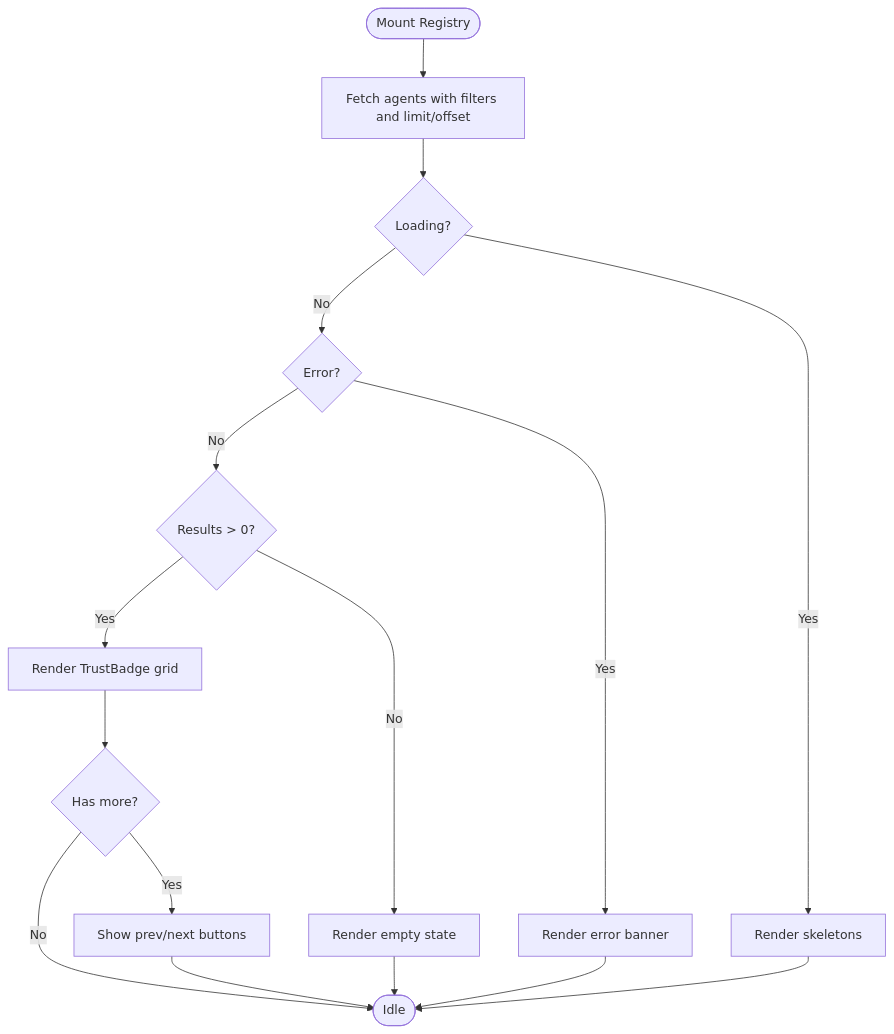
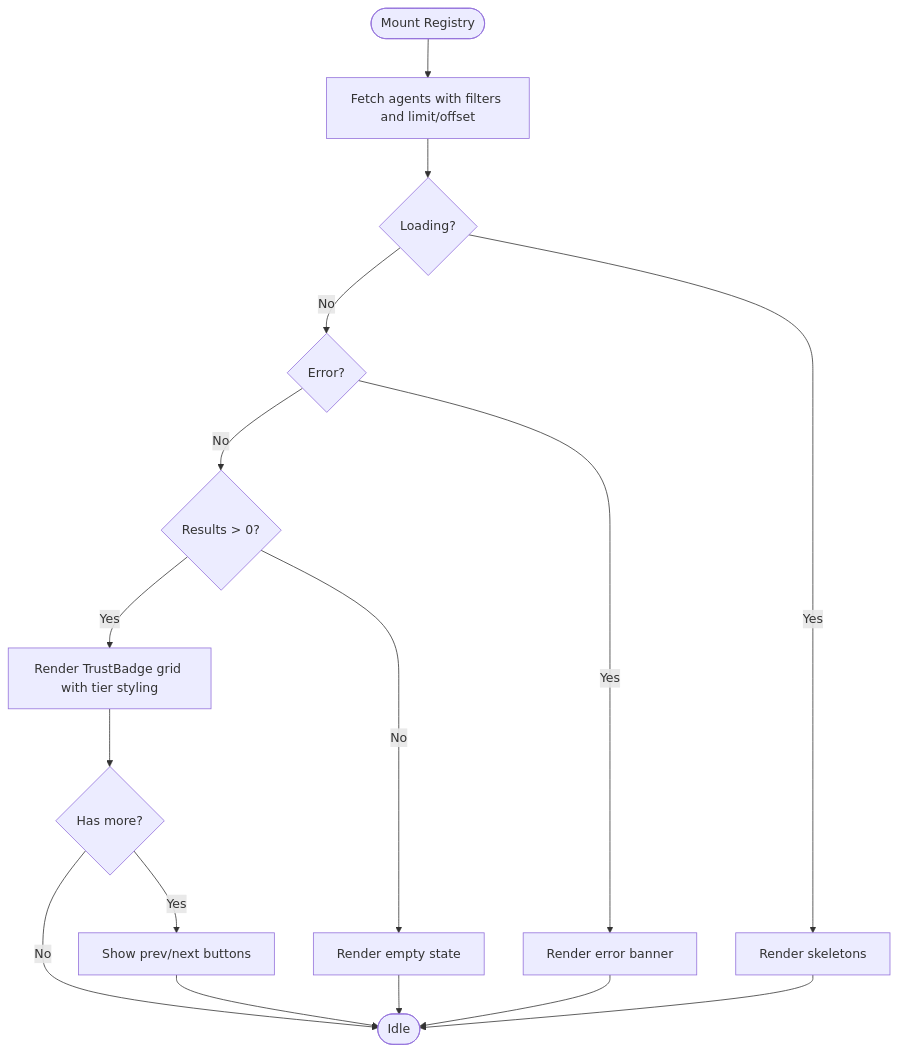
Before and after one commit to RunTimeAdmin/AgentID: the third of 8 diagrams in .qoder/repowiki/en/content/Frontend Application/Frontend Application.md, drawn with Mermaid. The commit also changed other lines of this file and 9 other files, not shown here.

````diff
--- a/.qoder/repowiki/en/content/Frontend Application/Frontend Application.md
+++ b/.qoder/repowiki/en/content/Frontend Application/Frontend Application.md
@@ -192,18 +209,18 @@
 ```mermaid
 flowchart TD
 Start(["Mount Registry"]) --> Fetch["Fetch agents with filters and limit/offset"]
 Fetch --> Loading{"Loading?"}
 Loading --> |Yes| ShowSkeletons["Render skeletons"]
 Loading --> |No| HasError{"Error?"}
 HasError --> |Yes| ShowError["Render error banner"]
 HasError --> |No| HasResults{"Results > 0?"}
 HasResults --> |No| ShowEmpty["Render empty state"]
-HasResults --> |Yes| RenderGrid["Render TrustBadge grid"]
+HasResults --> |Yes| RenderGrid["Render TrustBadge grid with tier styling"]
 RenderGrid --> Paginate{"Has more?"}
 Paginate --> |Yes| ShowPagination["Show prev/next buttons"]
 Paginate --> |No| End(["Idle"])
 ShowPagination --> End
 ShowEmpty --> End
 ShowError --> End
 ShowSkeletons --> End
 ```
````
